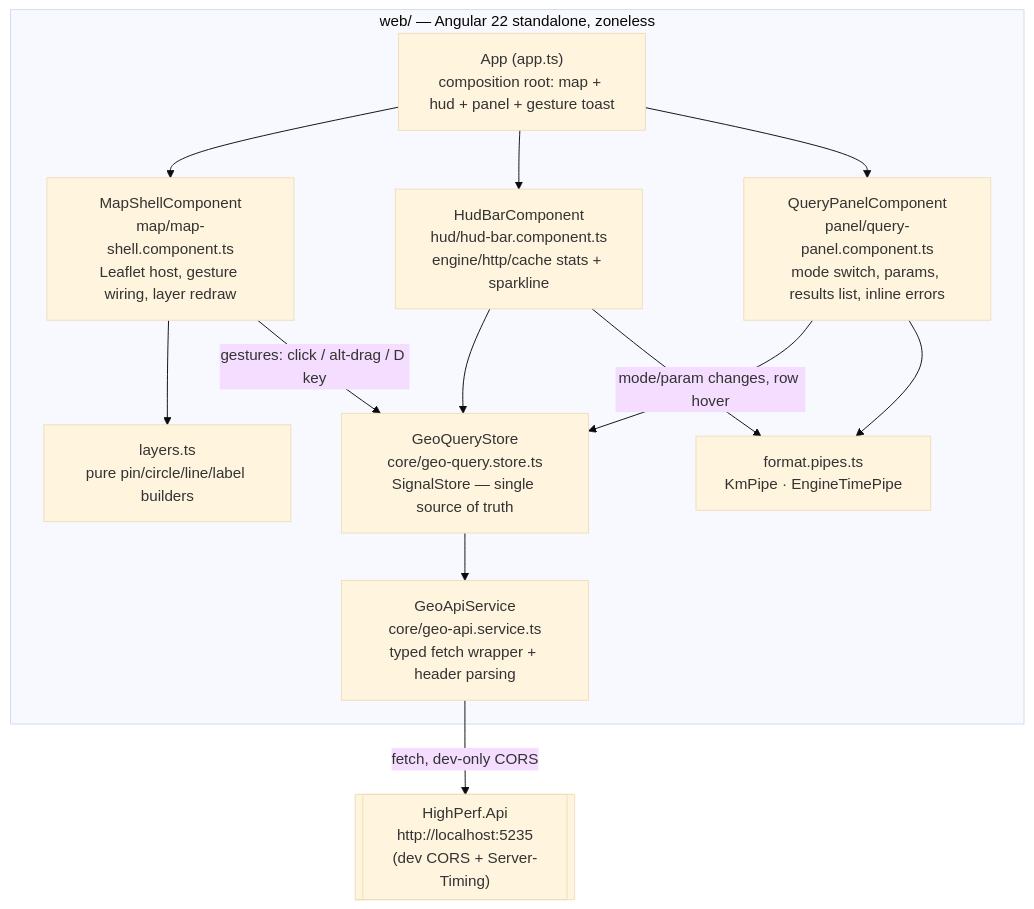
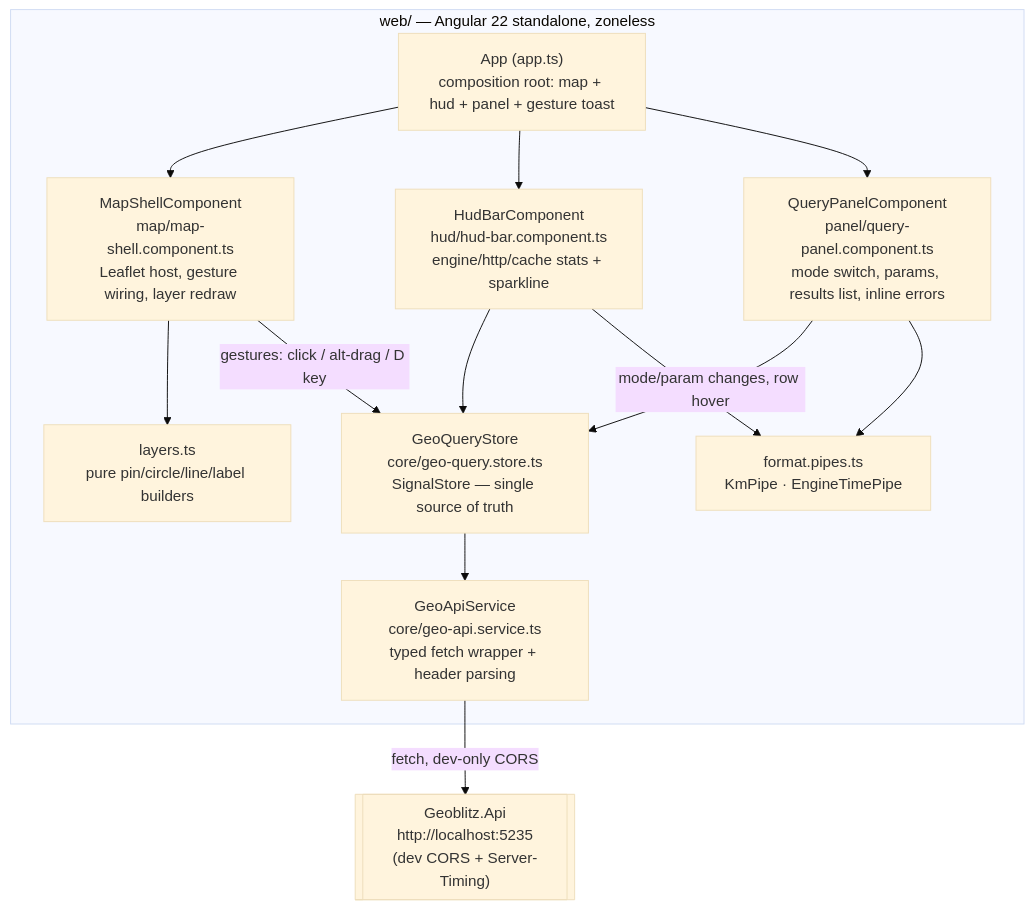
One commit to cmxl/Geoblitz changed the diagram in docs/frontend.md. Above: the diagram before and after it, drawn with Mermaid (base theme). The commit also changed other lines of this file and 119 other files, not shown here.

First line of the commit message:
chore: rename project HighPerf -> Geoblitz (solution, namespaces, web identity, brand, docs)

````diff
--- a/docs/frontend.md
+++ b/docs/frontend.md
@@ -73,26 +73,26 @@
 ```mermaid
 graph TD
     subgraph WEB["web/ — Angular 22 standalone, zoneless"]
         APP["App (app.ts)<br/>composition root: map + hud + panel + gesture toast"]
         MAP["MapShellComponent<br/>map/map-shell.component.ts<br/>Leaflet host, gesture wiring, layer redraw"]
         HUD["HudBarComponent<br/>hud/hud-bar.component.ts<br/>engine/http/cache stats + sparkline"]
         PANEL["QueryPanelComponent<br/>panel/query-panel.component.ts<br/>mode switch, params, results list, inline errors"]
         LAYERS["layers.ts<br/>pure pin/circle/line/label builders"]
         PIPES["format.pipes.ts<br/>KmPipe · EngineTimePipe"]
         STORE["GeoQueryStore<br/>core/geo-query.store.ts<br/>SignalStore — single source of truth"]
         API["GeoApiService<br/>core/geo-api.service.ts<br/>typed fetch wrapper + header parsing"]
     end
-    BACKEND[["HighPerf.Api<br/>http://localhost:5235<br/>(dev CORS + Server-Timing)"]]
+    BACKEND[["Geoblitz.Api<br/>http://localhost:5235<br/>(dev CORS + Server-Timing)"]]
 
     APP --> MAP
     APP --> HUD
     APP --> PANEL
     MAP --> LAYERS
     MAP -->|gestures: click / alt-drag / D key| STORE
     HUD --> STORE
     HUD --> PIPES
     PANEL -->|mode/param changes, row hover| STORE
     PANEL --> PIPES
     STORE --> API
     API -->|fetch, dev-only CORS| BACKEND
 ```
````
